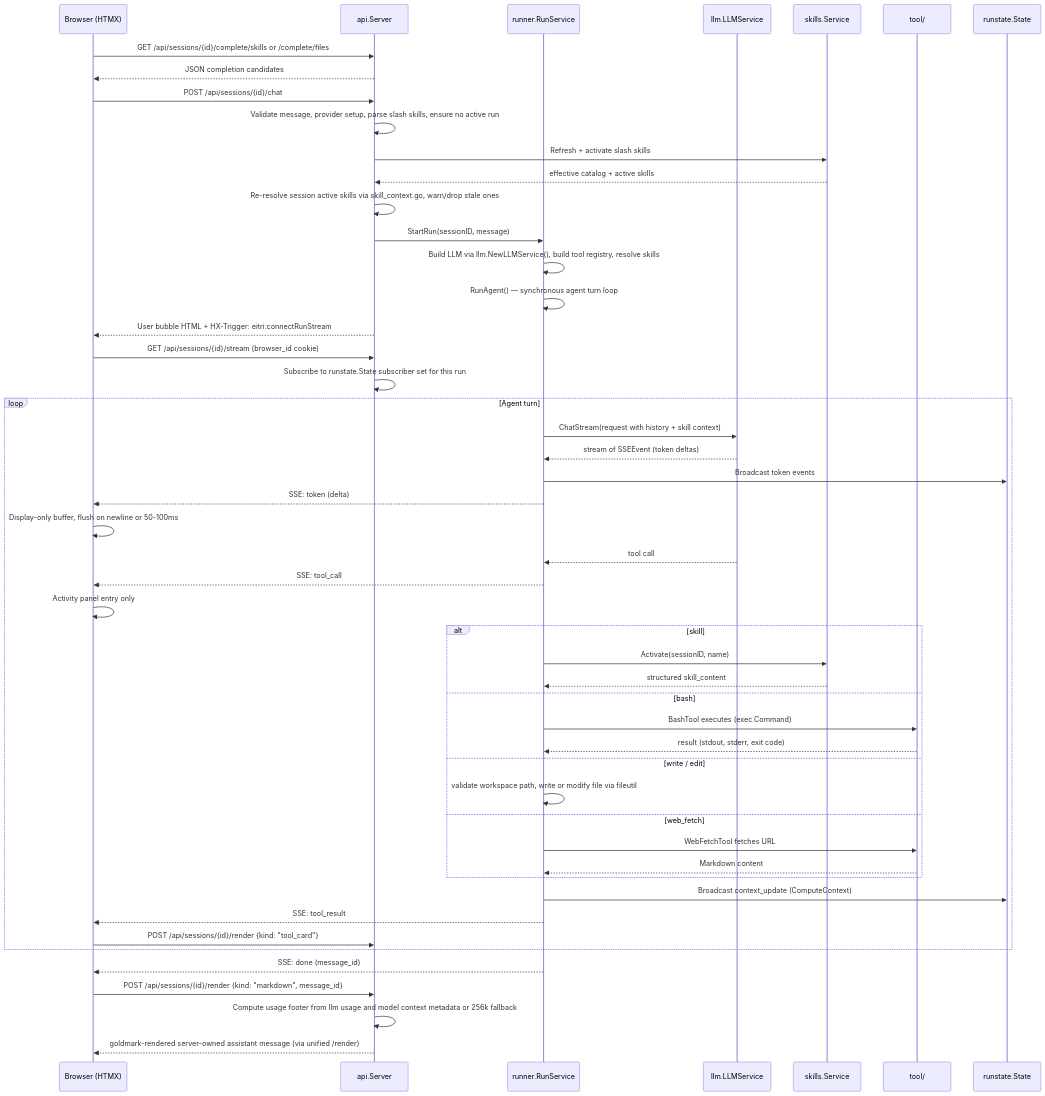
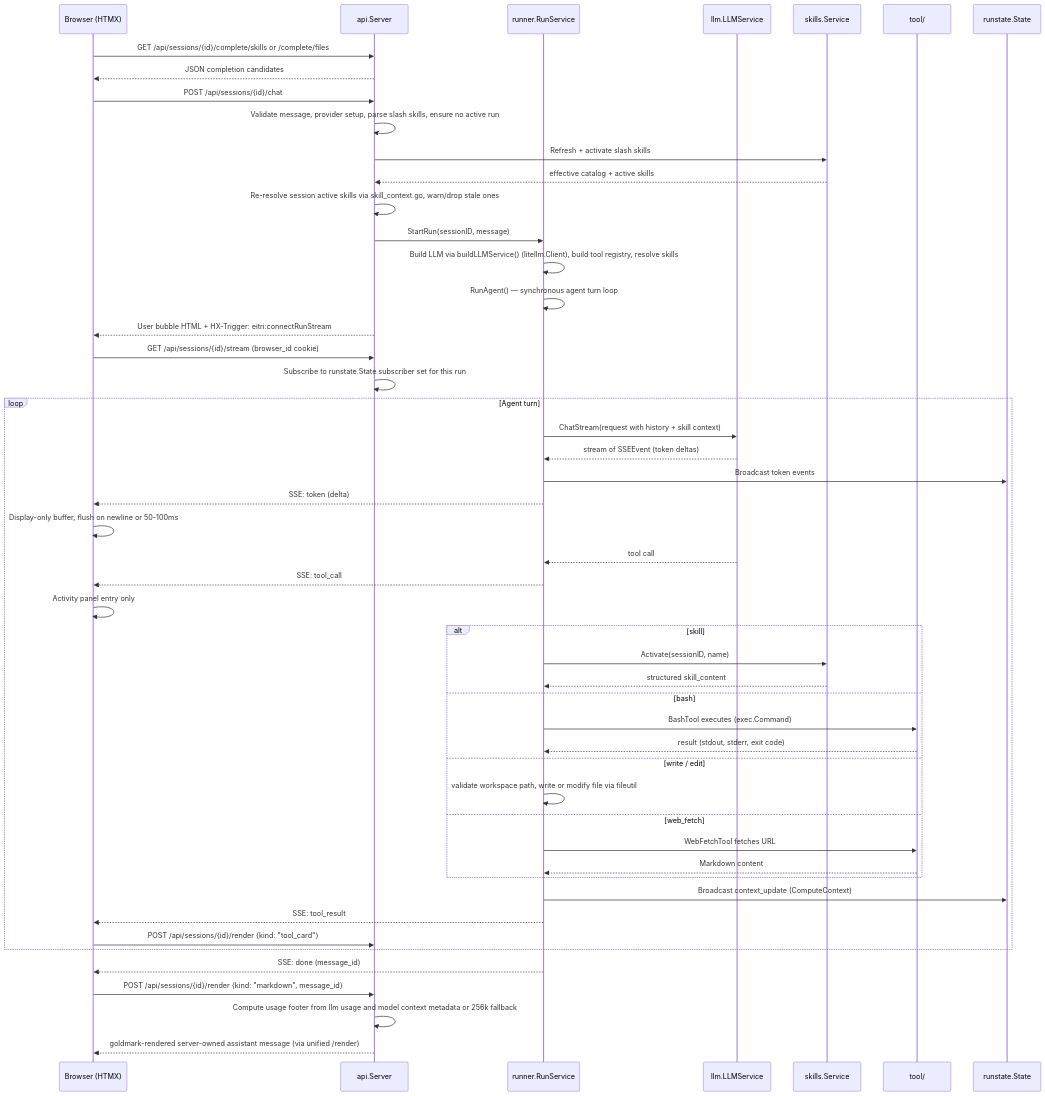
Before and after one commit to glemsom/eitri: the second of 2 diagrams in docs/ARCHITECTURE.md, drawn with Mermaid. The commit also changed other lines of this file and 17 other files, not shown here.

````diff
--- a/docs/ARCHITECTURE.md
+++ b/docs/ARCHITECTURE.md
@@ -336,54 +317,54 @@
 ```mermaid
 sequenceDiagram
     participant Browser as Browser (HTMX)
     participant API as api.Server
     participant RunSvc as runner.RunService
     participant LLM as llm.LLMService
     participant Skills as skills.Service
     participant Tool as tool/
 
     Browser->>API: GET /api/sessions/{id}/complete/skills or /complete/files
     API-->>Browser: JSON completion candidates
     Browser->>API: POST /api/sessions/{id}/chat
     API->>API: Validate message, provider setup, parse slash skills, ensure no active run
     API->>Skills: Refresh + activate slash skills
     Skills-->>API: effective catalog + active skills
     API->>API: Re-resolve session active skills via skill_context.go, warn/drop stale ones
     API->>RunSvc: StartRun(sessionID, message)
-    RunSvc->>RunSvc: Build LLM via llm.NewLLMService(), build tool registry, resolve skills
+    RunSvc->>RunSvc: Build LLM via buildLLMService() (litellm.Client), build tool registry, resolve skills
     RunSvc->>RunSvc: RunAgent() — synchronous agent turn loop
     API-->>Browser: User bubble HTML + HX-Trigger: eitri:connectRunStream
     Browser->>API: GET /api/sessions/{id}/stream (browser_id cookie)
     API->>API: Subscribe to runstate.State subscriber set for this run
     
     loop Agent turn
         RunSvc->>LLM: ChatStream(request with history + skill context)
         LLM-->>RunSvc: stream of SSEEvent (token deltas)
         RunSvc->>runstate.State: Broadcast token events
         RunSvc-->>Browser: SSE: token (delta)
         Browser->>Browser: Display-only buffer, flush on newline or 50-100ms
         LLM-->>RunSvc: tool call
         RunSvc-->>Browser: SSE: tool_call
         Browser->>Browser: Activity panel entry only
         alt skill
             RunSvc->>Skills: Activate(sessionID, name)
             Skills-->>RunSvc: structured skill_content
         else bash
             RunSvc->>Tool: BashTool executes (exec.Command)
             Tool-->>RunSvc: result (stdout, stderr, exit code)
         else write / edit
             RunSvc->>RunSvc: validate workspace path, write or modify file via fileutil
         else web_fetch
             RunSvc->>Tool: WebFetchTool fetches URL
             Tool-->>RunSvc: Markdown content
         end
         RunSvc->>runstate.State: Broadcast context_update (ComputeContext)
         RunSvc-->>Browser: SSE: tool_result
         Browser->>API: POST /api/sessions/{id}/render {kind: "tool_card"}
     end
 
     RunSvc-->>Browser: SSE: done (message_id)
     Browser->>API: POST /api/sessions/{id}/render {kind: "markdown", message_id}
     API->>API: Compute usage footer from llm usage and model context metadata or 256k fallback
     API-->>Browser: goldmark-rendered server-owned assistant message (via unified /render)
 ```
````
